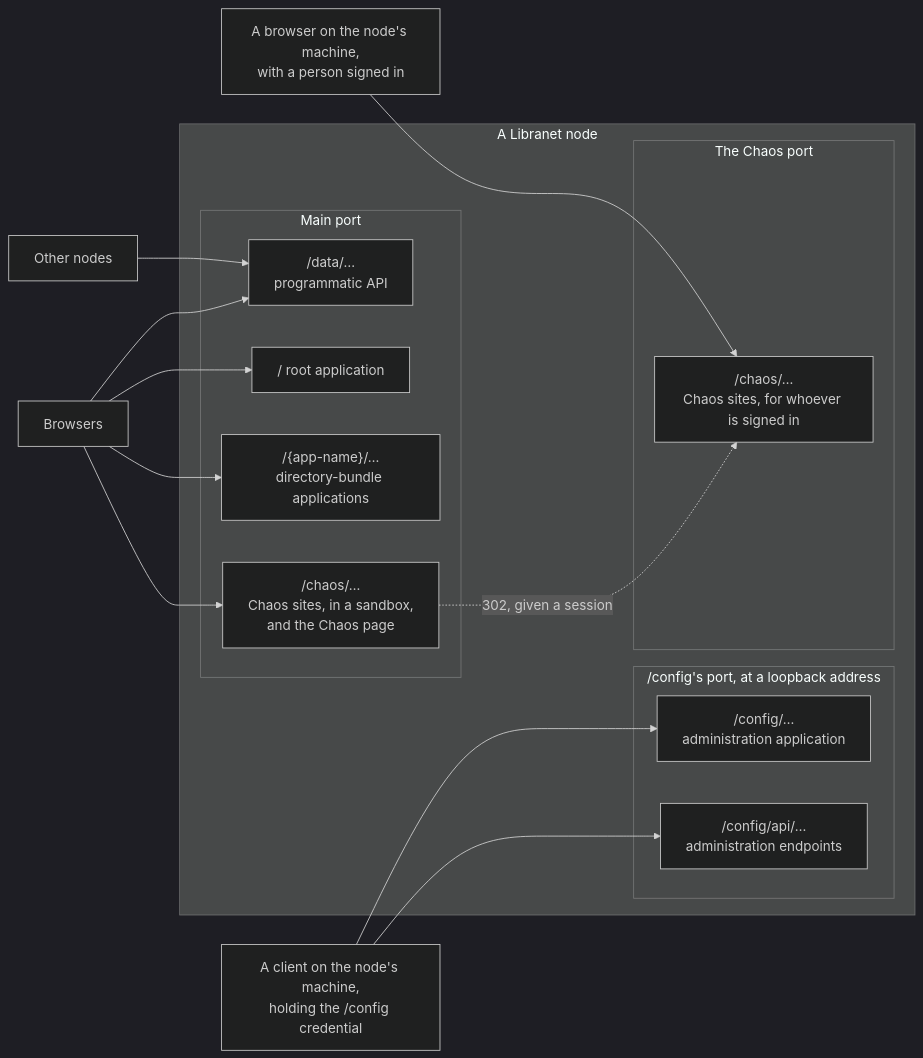
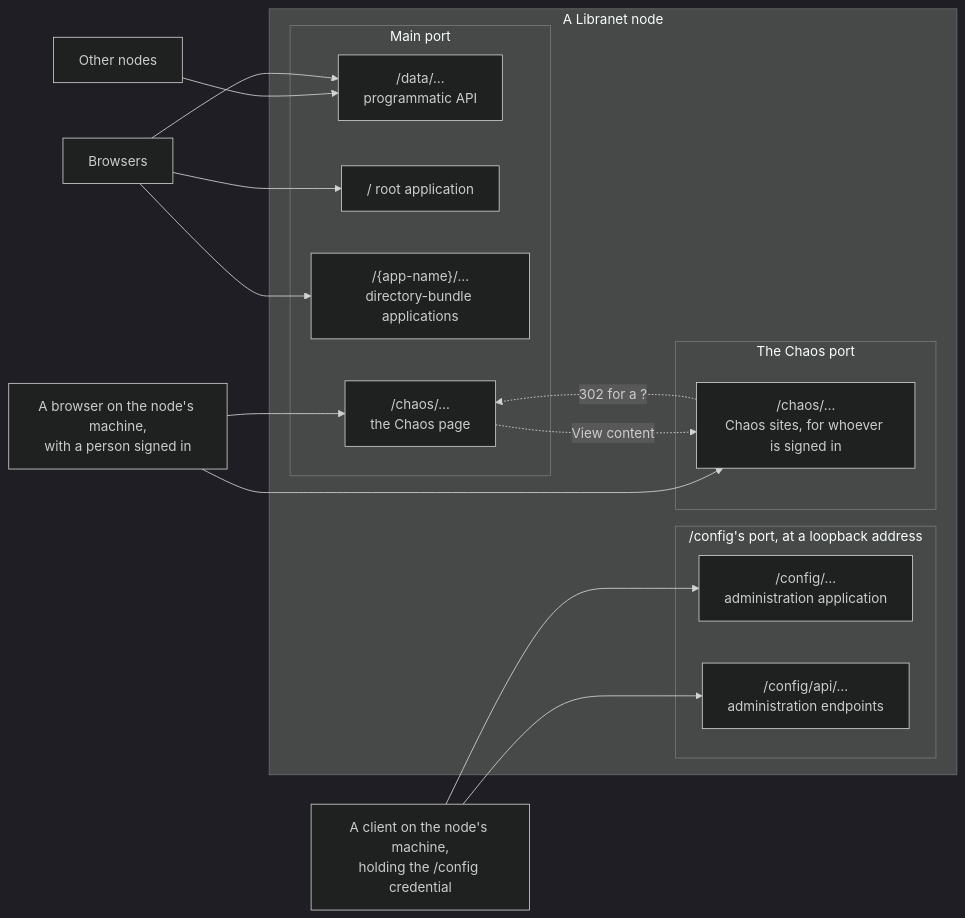
The first of 14 diagrams in docs/specs/HttpApi.md (marcpage/libranet), drawn with Mermaid (dark theme) before and after one commit. The commit also changed other lines of this file and 31 other files, not shown here.

First line of the commit message:
Working with chaos endpoint content (#684)

````diff
--- a/docs/specs/HttpApi.md
+++ b/docs/specs/HttpApi.md
@@ -145,27 +146,28 @@
 ```mermaid
 flowchart LR
     peers["Other nodes"] --> data
     browsers["Browsers"] --> root
     browsers --> apps
     browsers --> data
-    browsers --> chaos
+    signed --> chaos
     local["A client on the node's machine,<br/>holding the /config credential"] --> cfgapp
     local --> cfgapi
     signed["A browser on the node's machine,<br/>with a person signed in"] --> chaossites
     subgraph node["A Libranet node"]
         subgraph main["Main port"]
             data["/data/…<br/>programmatic API"]
             root["/ root application"]
             apps["/{app-name}/…<br/>directory-bundle applications"]
-            chaos["/chaos/…<br/>Chaos sites, in a sandbox,<br/>and the Chaos page"]
+            chaos["/chaos/…<br/>the Chaos page"]
         end
         subgraph cfg["/config's port, at a loopback address"]
             cfgapp["/config/…<br/>administration application"]
             cfgapi["/config/api/…<br/>administration endpoints"]
         end
         subgraph chaosport["The Chaos port"]
             chaossites["/chaos/…<br/>Chaos sites, for whoever is signed in"]
         end
     end
-    chaos -.->|"302, given a session"| chaossites
+    chaos -.->|"View content"| chaossites
+    chaossites -.->|"302 for a ?"| chaos
 ```
````
